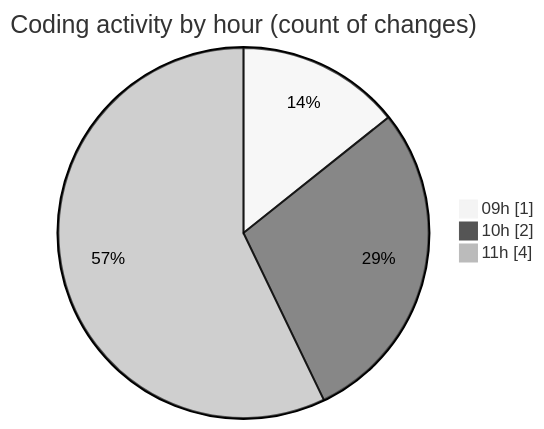
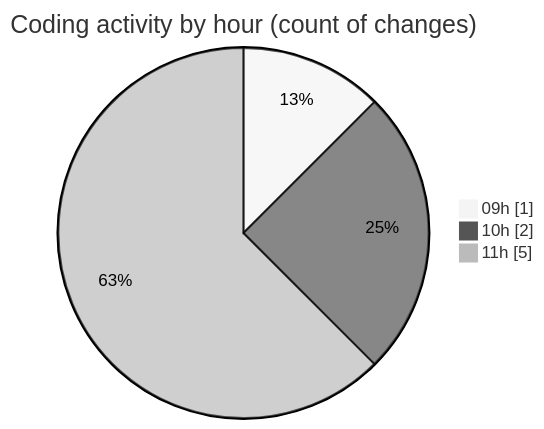
The second of 2 diagrams in 2025-03-28/synth_911data_gen/README.md (trdunsworth/code-tracking), drawn with Mermaid (neutral theme) before and after one commit. The commit also changed other lines of this file and 1 other file, not shown here.

````diff
--- a/2025-03-28/synth_911data_gen/README.md
+++ b/2025-03-28/synth_911data_gen/README.md
@@ -28,7 +28,7 @@
 ```mermaid
 pie showData
 title Coding activity by hour (count of changes)
 "09h" : 1
 "10h" : 2
-"11h" : 4
+"11h" : 5
 ```
````
